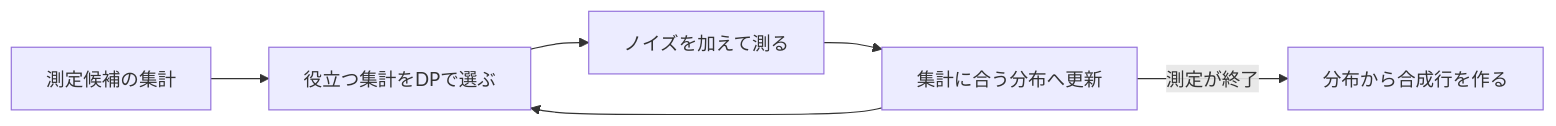
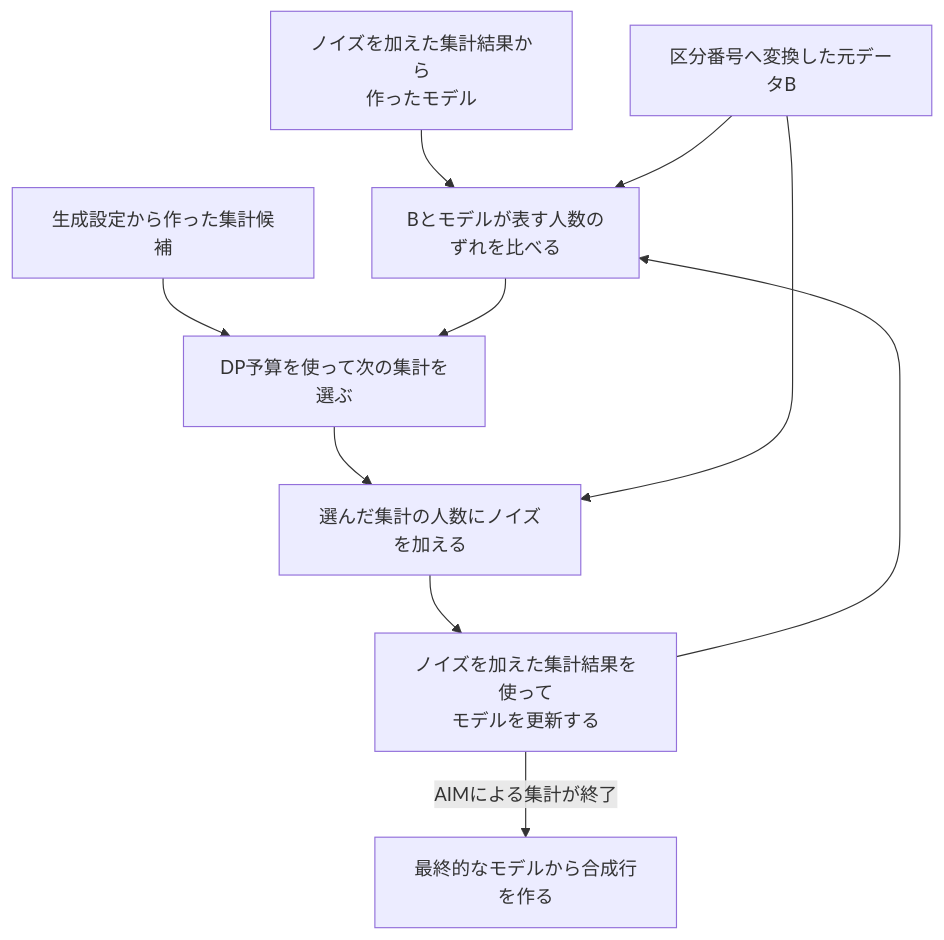
Before and after one commit to tsugiyama0216/pwscup2026-kit-outsider-final: the first of 2 diagrams in prelim/method_explanation/SUPPLEMENT_AIM.md, drawn with Mermaid. The commit also changed other lines of this file and 6 other files, not shown here.

````diff
--- a/prelim/method_explanation/SUPPLEMENT_AIM.md
+++ b/prelim/method_explanation/SUPPLEMENT_AIM.md
@@ -82,8 +126,12 @@
 ```mermaid
-flowchart LR
-  W[測定候補の集計] --> S[役立つ集計をDPで選ぶ]
-  S --> M[ノイズを加えて測る]
-  M --> P[集計に合う分布へ更新]
-  P --> S
-  P -->|測定が終了| C[分布から合成行を作る]
+flowchart TB
+  I["ノイズを加えた集計結果から<br/>作ったモデル"] --> D["Bとモデルが表す人数の<br/>ずれを比べる"]
+  B[区分番号へ変換した元データB] --> D
+  W[生成設定から作った集計候補] --> S[DP予算を使って次の集計を選ぶ]
+  D --> S
+  S --> M[選んだ集計の人数にノイズを加える]
+  B --> M
+  M --> P["ノイズを加えた集計結果を使って<br/>モデルを更新する"]
+  P --> D
+  P -->|AIMによる集計が終了| C[最終的なモデルから合成行を作る]
 ```
````
